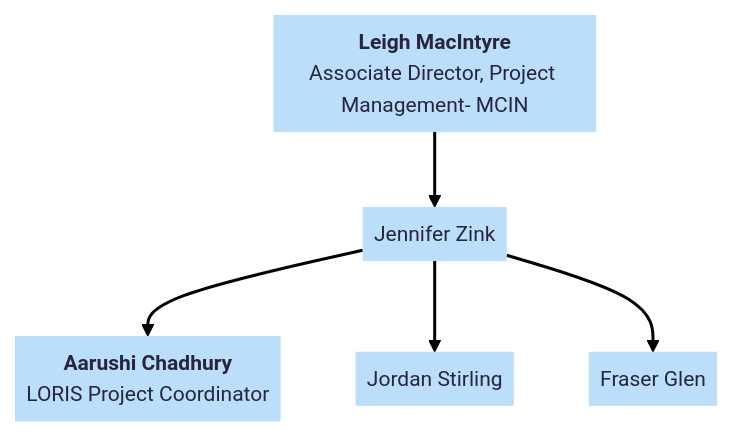
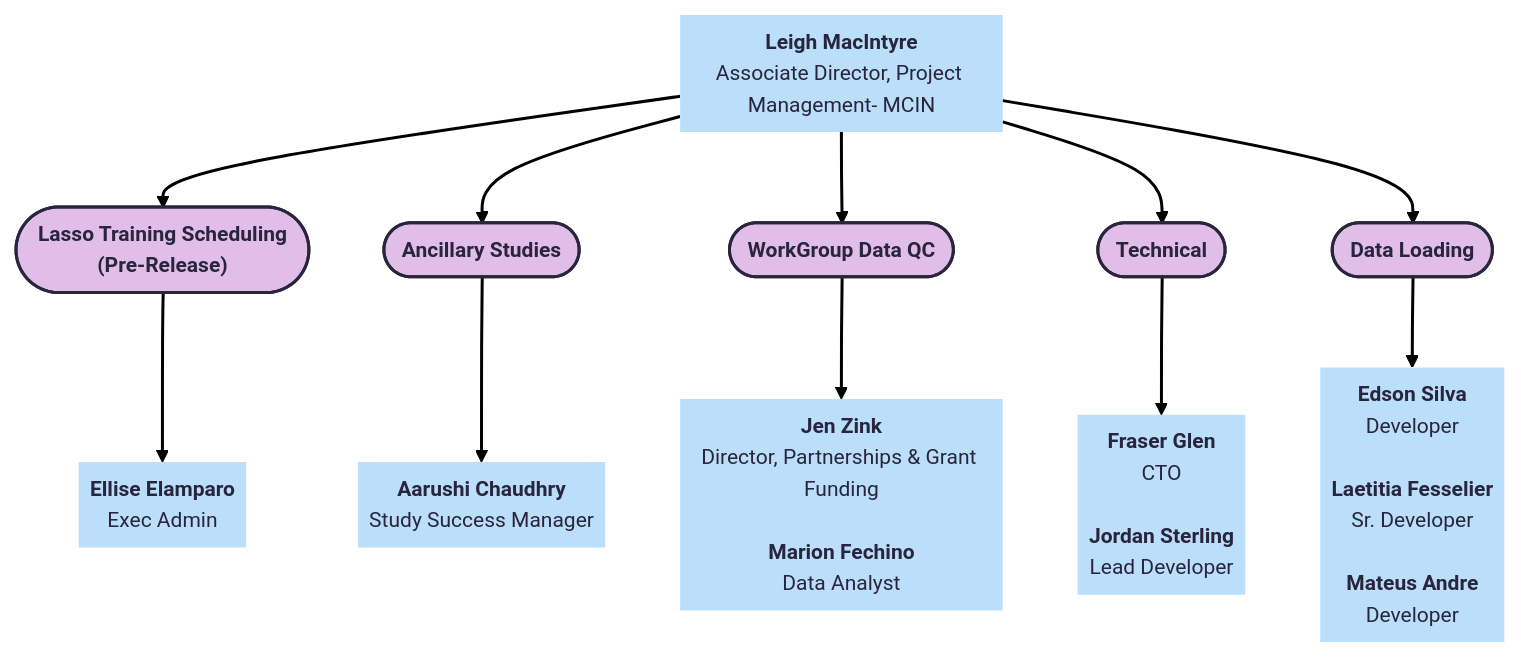
Before and after one commit to DCAN-Labs/hbcd-docs-internal: the third of 10 diagrams in docs/orgcharts.md, drawn with Mermaid.

Commit message:
lasso draft

````diff
--- a/docs/orgcharts.md
+++ b/docs/orgcharts.md
@@ -328,19 +328,30 @@
 ```mermaid
 ---
 config:
   theme: redux
 ---
 flowchart TD
-    A@{ label: "<b>Leigh MacIntyre</b><br>Associate Director, Project Management- MCIN" } --> B["Jennifer Zink"]
-    B --> C["<b>Aarushi Chadhury</b><br>LORIS Project Coordinator"] & D["Jordan Stirling"] & n1["Fraser Glen"]
+    A["<b>Leigh MacIntyre</b><br>Associate Director, Project Management- MCIN"] --> B(["<b>Lasso Training Scheduling<br>(Pre-Release)</b>"]) & n1(["<b>Ancillary Studies</b>"]) & n2(["<b>WorkGroup Data QC</b>"]) & n3(["<b>Technical</b>"]) & n4(["<b>Data Loading</b>"])
+    B --> n5["<b>Ellise Elamparo</b><br>Exec Admin"]
+    n1 --> n6["<b>Aarushi Chaudhry<br></b>Study Success Manager"]
+    n2 --> n7["<b>Jen Zink<br></b>Director, Partnerships &amp; Grant Funding<br><br><b>Marion Fechino</b><br>Data Analyst"]
+    n3 --> n8["<b>Fraser Glen<br></b>CTO<br><br><b>Jordan Sterling<br></b>Lead Developer"]
+    n4 --> n9["<b>Edson Silva<br></b>Developer<br><br><b>Laetitia Fesselier<br></b>Sr. Developer<br><br><b>Mateus Andre<br></b>Developer"]
     A@{ shape: text}
-    B@{ shape: text}
-    C@{ shape: text}
-    D@{ shape: text}
-    n1@{ shape: text}
+    n5@{ shape: text}
+    n6@{ shape: text}
+    n7@{ shape: text}
+    n8@{ shape: text}
+    n9@{ shape: text}
     style A fill:#BBDEFB
-    style B fill:#BBDEFB
-    style C fill:#BBDEFB
-    style D fill:#BBDEFB
-    style n1 fill:#BBDEFB
+    style B fill:#E1BEE7
+    style n1 fill:#E1BEE7
+    style n2 fill:#E1BEE7
+    style n3 fill:#E1BEE7
+    style n4 fill:#E1BEE7
+    style n5 fill:#BBDEFB
+    style n6 fill:#BBDEFB
+    style n7 fill:#BBDEFB
+    style n8 fill:#BBDEFB
+    style n9 fill:#BBDEFB
 ```
````
